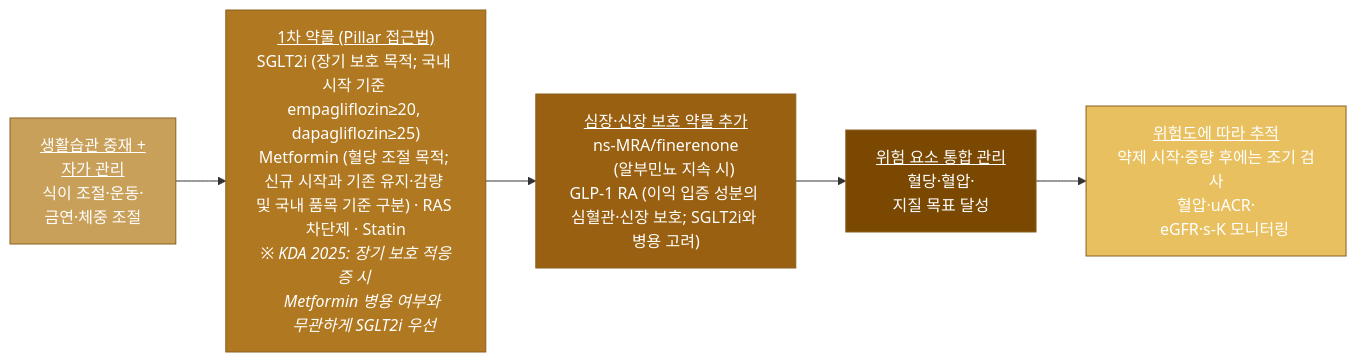
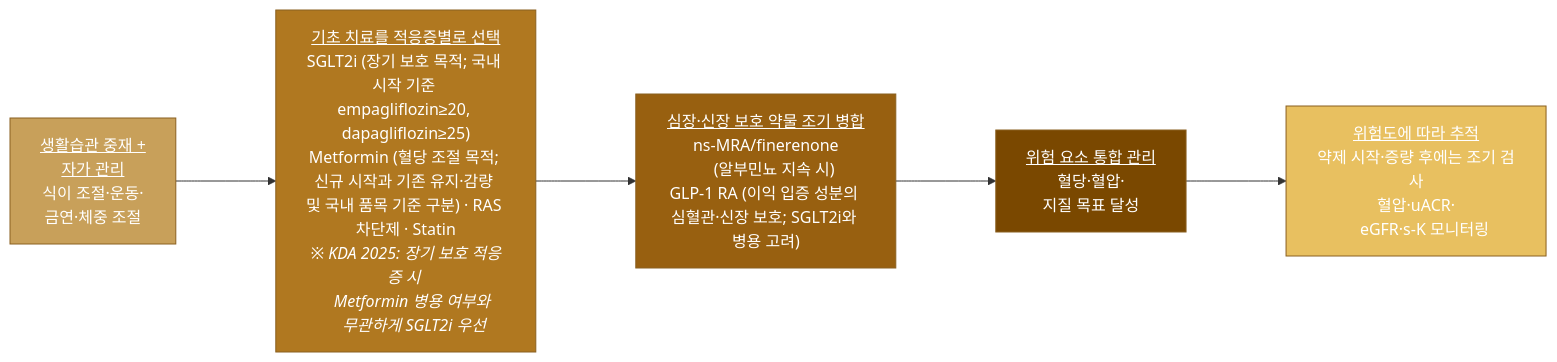
Before and after one commit to familyoh77/familyoh77: the first of 2 diagrams in 226_/102_-complications-of-diabetes.md, drawn with Mermaid. The commit also changed other lines of this file and 9 other files, not shown here.

````diff
--- a/226_/102_-complications-of-diabetes.md
+++ b/226_/102_-complications-of-diabetes.md
@@ -151,23 +182,23 @@
 ```mermaid
 graph LR
     A["<u>생활습관 중재 + 
     자가 관리</u><br/>식이 조절·운동·
     금연·체중 조절"]
-    B["<u>1차 약물 (Pillar 접근법)</u><br/>SGLT2i (장기 보호 목적; 국내 시작 기준 empagliflozin≥20, dapagliflozin≥25)<br/>Metformin (혈당 조절 목적; 신규 시작과 기존 유지·감량 및 국내 품목 기준 구분) · RAS 차단제 · Statin<br/><i>※ KDA 2025: 장기 보호 적응증 시 
+    B["<u>기초 치료를 적응증별로 선택</u><br/>SGLT2i (장기 보호 목적; 국내 시작 기준 empagliflozin≥20, dapagliflozin≥25)<br/>Metformin (혈당 조절 목적; 신규 시작과 기존 유지·감량 및 국내 품목 기준 구분) · RAS 차단제 · Statin<br/><i>※ KDA 2025: 장기 보호 적응증 시 
     Metformin 병용 여부와 
     무관하게 SGLT2i 우선</i>"]
-    C["<u>심장·신장 보호 약물 추가</u><br/>ns-MRA/finerenone
+    C["<u>심장·신장 보호 약물 조기 병합</u><br/>ns-MRA/finerenone
     (알부민뇨 지속 시)<br/>GLP-1 RA (이익 입증 성분의 심혈관·신장 보호; SGLT2i와 병용 고려)"]
     D["<u>위험 요소 통합 관리</u><br/>혈당·혈압·
     지질 목표 달성"]
     E["<u>위험도에 따라 추적</u><br/>약제 시작·증량 후에는 조기 검사<br/>혈압·uACR·
     eGFR·s-K 모니터링"]
 
-    A --> B --> C --> D --> E
+    A ---> B ---> C ---> D ---> E
 
     style A fill:#c8a05a,stroke:#8a6020,color:#fff
     style B fill:#b07820,stroke:#8a6020,color:#fff
     style C fill:#986010,stroke:#8a6020,color:#fff
     style D fill:#7a4800,stroke:#8a6020,color:#fff
     style E fill:#e8c060,stroke:#8a6020,color:#fff
 ```
````
